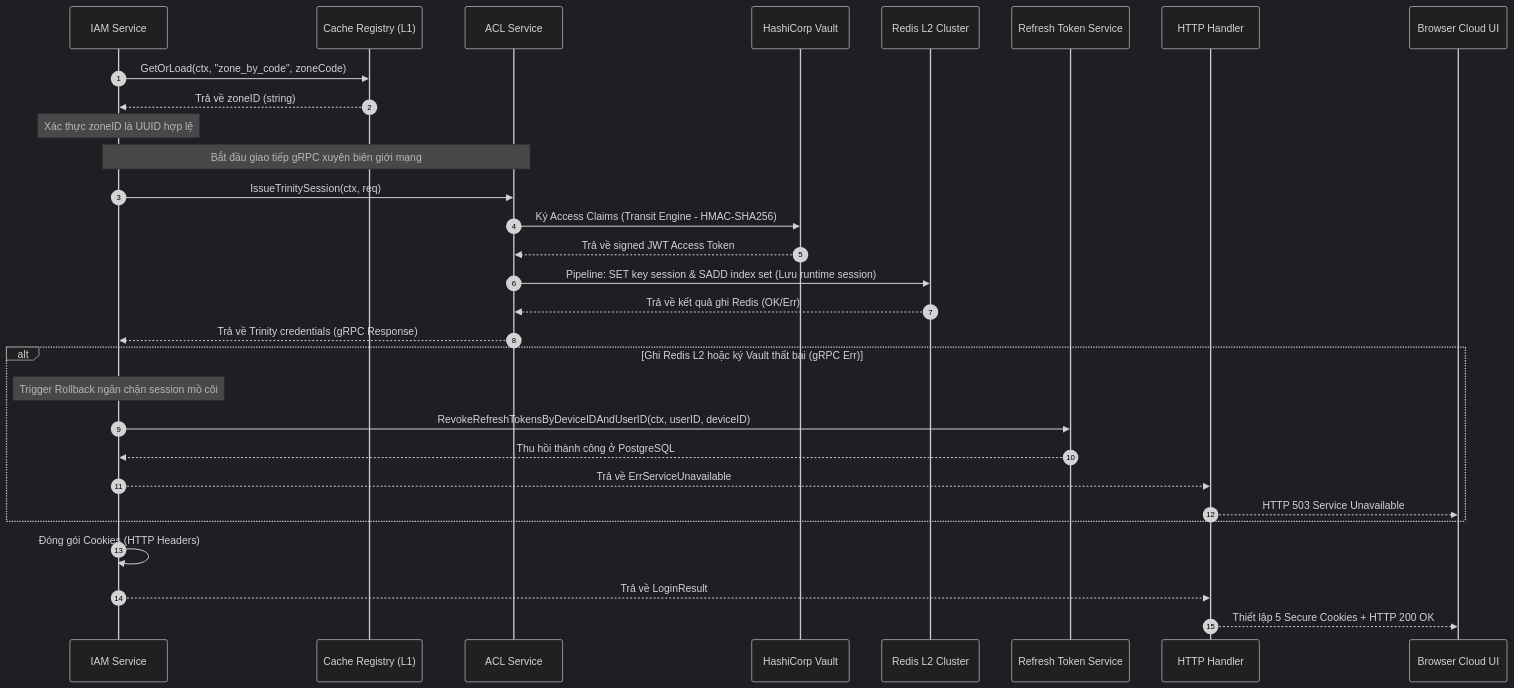
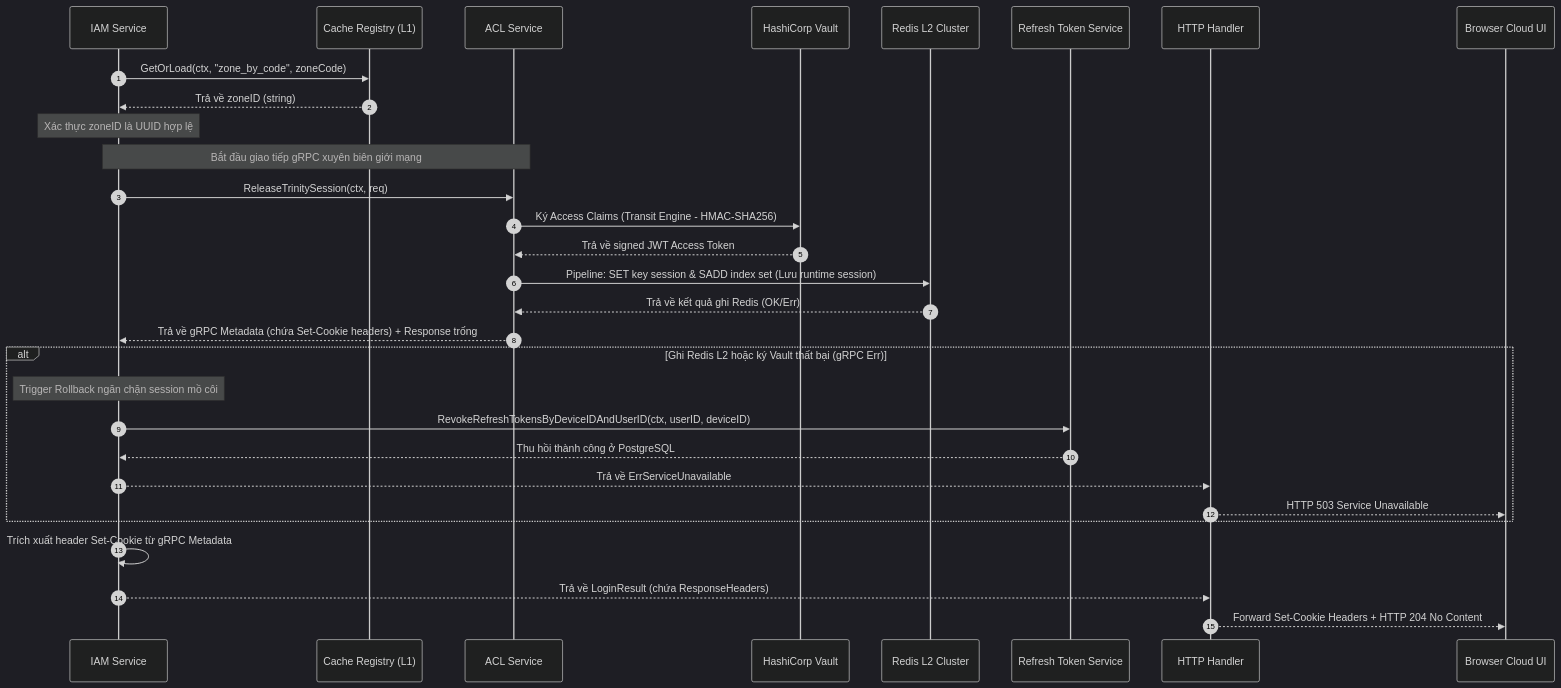
The third of 3 diagrams in god_view/iam/user_login_god_view_workflow.md (phucle996/aurora), drawn with Mermaid (dark theme) before and after one commit. The commit also changed other lines of this file and 33 other files, not shown here.

Commit message:
feat: implement session outbox pattern and integrate session release workflow into authentication lifecycle

````diff
--- a/god_view/iam/user_login_god_view_workflow.md
+++ b/god_view/iam/user_login_god_view_workflow.md
@@ -186,39 +188,39 @@
 ```mermaid
 sequenceDiagram
     autonumber
     participant Service as IAM Service
     participant Registry as Cache Registry (L1)
     participant ACL as ACL Service
     participant Vault as HashiCorp Vault
     participant RDS as Redis L2 Cluster
     participant RefreshSvc as Refresh Token Service
     participant Handler as HTTP Handler
     participant UI as Browser Cloud UI
 
     Service->>Registry: GetOrLoad(ctx, "zone_by_code", zoneCode)
     Registry-->>Service: Trả về zoneID (string)
     Note over Service: Xác thực zoneID là UUID hợp lệ
 
     Note over Service, ACL: Bắt đầu giao tiếp gRPC xuyên biên giới mạng
-    Service->>ACL: IssueTrinitySession(ctx, req)
+    Service->>ACL: ReleaseTrinitySession(ctx, req)
     
     ACL->>Vault: Ký Access Claims (Transit Engine - HMAC-SHA256)
     Vault-->>ACL: Trả về signed JWT Access Token
     
     ACL->>RDS: Pipeline: SET key session & SADD index set (Lưu runtime session)
     RDS-->>ACL: Trả về kết quả ghi Redis (OK/Err)
     
-    ACL-->>Service: Trả về Trinity credentials (gRPC Response)
+    ACL-->>Service: Trả về gRPC Metadata (chứa Set-Cookie headers) + Response trống
     
     alt Ghi Redis L2 hoặc ký Vault thất bại (gRPC Err)
         Note over Service: Trigger Rollback ngăn chặn session mồ côi
         Service->>RefreshSvc: RevokeRefreshTokensByDeviceIDAndUserID(ctx, userID, deviceID)
         RefreshSvc-->>Service: Thu hồi thành công ở PostgreSQL
         Service-->>Handler: Trả về ErrServiceUnavailable
         Handler-->>UI: HTTP 503 Service Unavailable
     end
     
-    Service->>Service: Đóng gói Cookies (HTTP Headers)
-    Service-->>Handler: Trả về LoginResult
-    Handler-->>UI: Thiết lập 5 Secure Cookies + HTTP 200 OK
+    Service->>Service: Trích xuất header Set-Cookie từ gRPC Metadata
+    Service-->>Handler: Trả về LoginResult (chứa ResponseHeaders)
+    Handler-->>UI: Forward Set-Cookie Headers + HTTP 204 No Content
 ```
````
